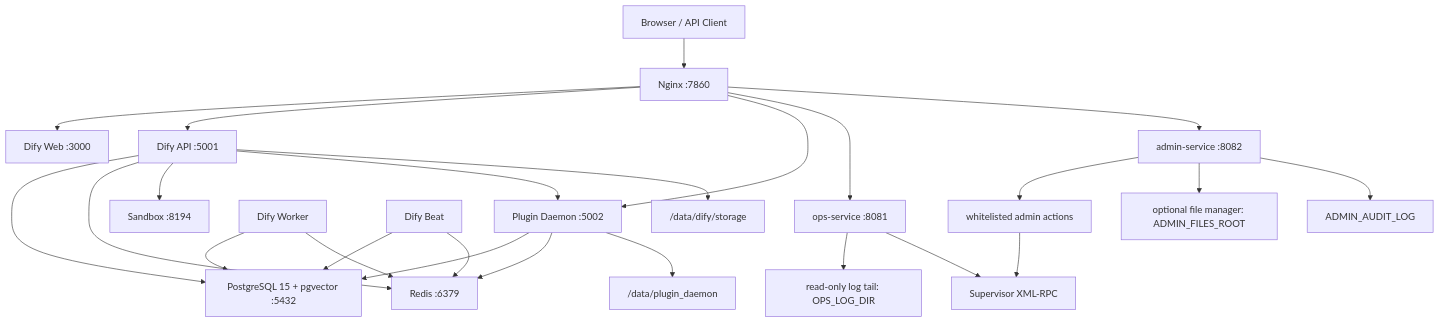
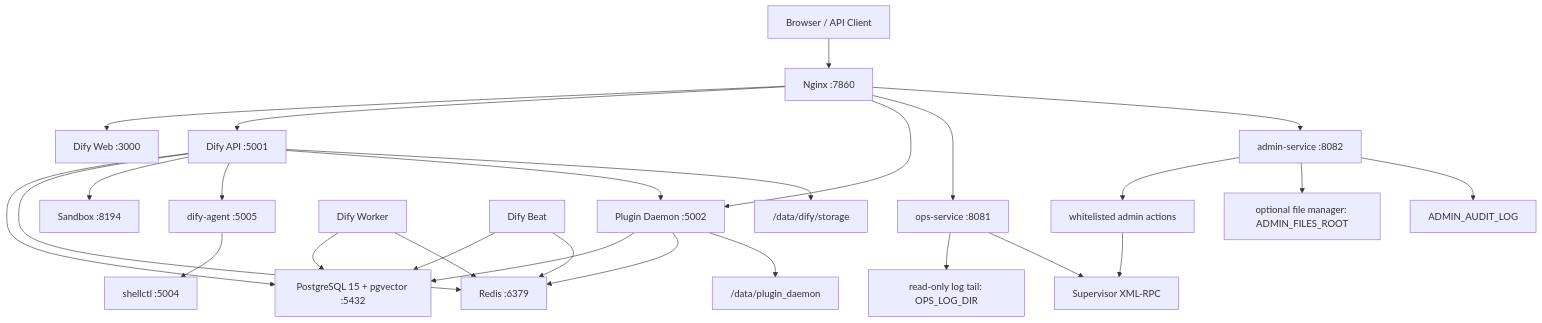
The first of 3 diagrams in docs/architecture.md (BlueSkyXN/Dify-all-in-one-HFS), drawn with Mermaid before and after one commit. The commit also changed other lines of this file and 22 other files, not shown here.

Commit message:
Enable NEXT agent shellctl runtime

````diff
--- a/docs/architecture.md
+++ b/docs/architecture.md
@@ -22,27 +22,29 @@
 ```mermaid
 flowchart TD
     user["Browser / API Client"] --> nginx["Nginx :7860"]
     nginx --> web["Dify Web :3000"]
     nginx --> api["Dify API :5001"]
     nginx --> plugin["Plugin Daemon :5002"]
     nginx --> ops["ops-service :8081"]
     nginx --> admin["admin-service :8082"]
     api --> postgres["PostgreSQL 15 + pgvector :5432"]
     api --> redis["Redis :6379"]
     api --> sandbox["Sandbox :8194"]
+    api --> agent["dify-agent :5005"]
+    agent --> shellctl["shellctl :5004"]
     api --> plugin
     worker["Dify Worker"] --> postgres
     worker --> redis
     beat["Dify Beat"] --> postgres
     beat --> redis
     plugin --> postgres
     plugin --> redis
     plugin --> data_plugin["/data/plugin_daemon"]
     api --> data_storage["/data/dify/storage"]
     ops --> logs["read-only log tail: OPS_LOG_DIR"]
     ops --> supervisor["Supervisor XML-RPC"]
     admin --> admin_actions["whitelisted admin actions"]
     admin --> admin_files["optional file manager: ADMIN_FILES_ROOT"]
     admin --> admin_audit["ADMIN_AUDIT_LOG"]
     admin_actions --> supervisor
 ```
````
